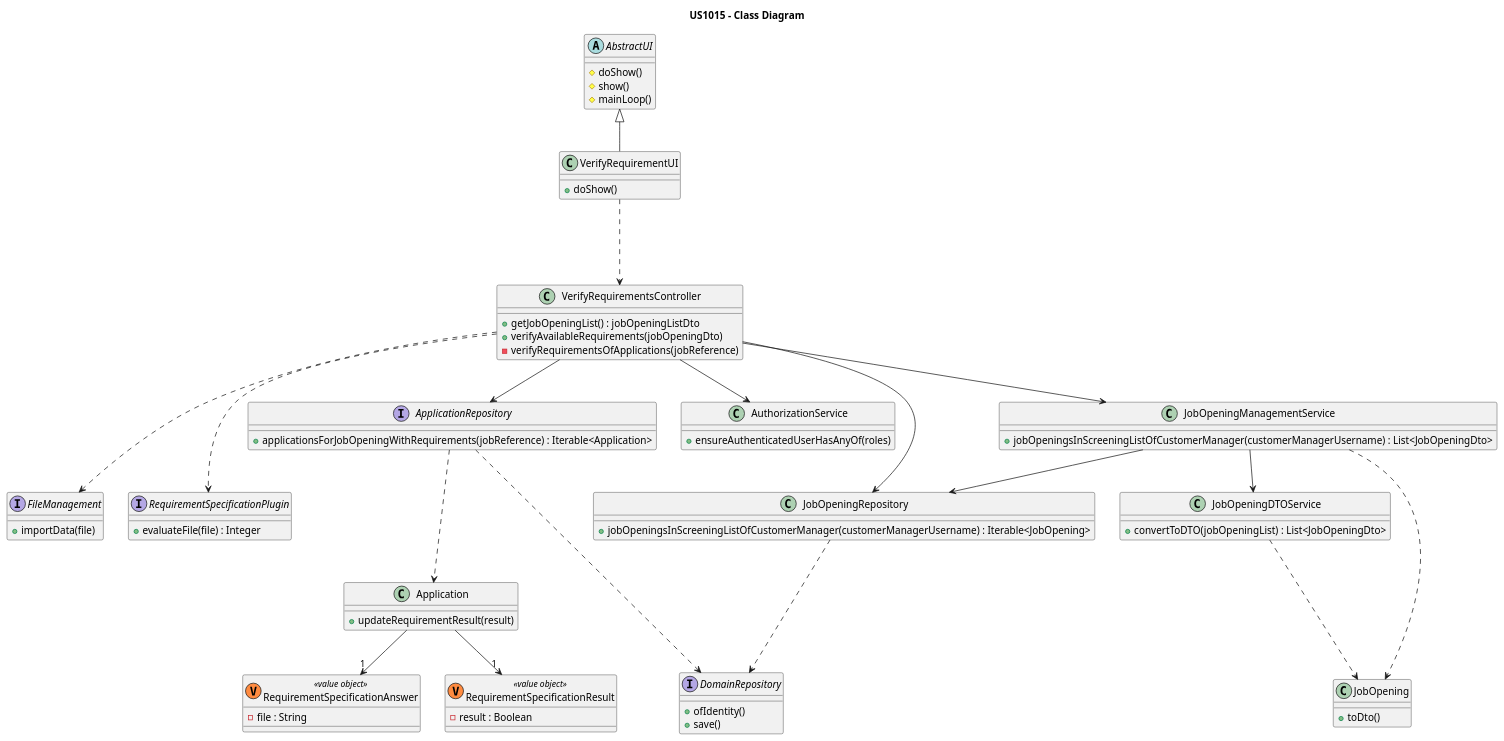
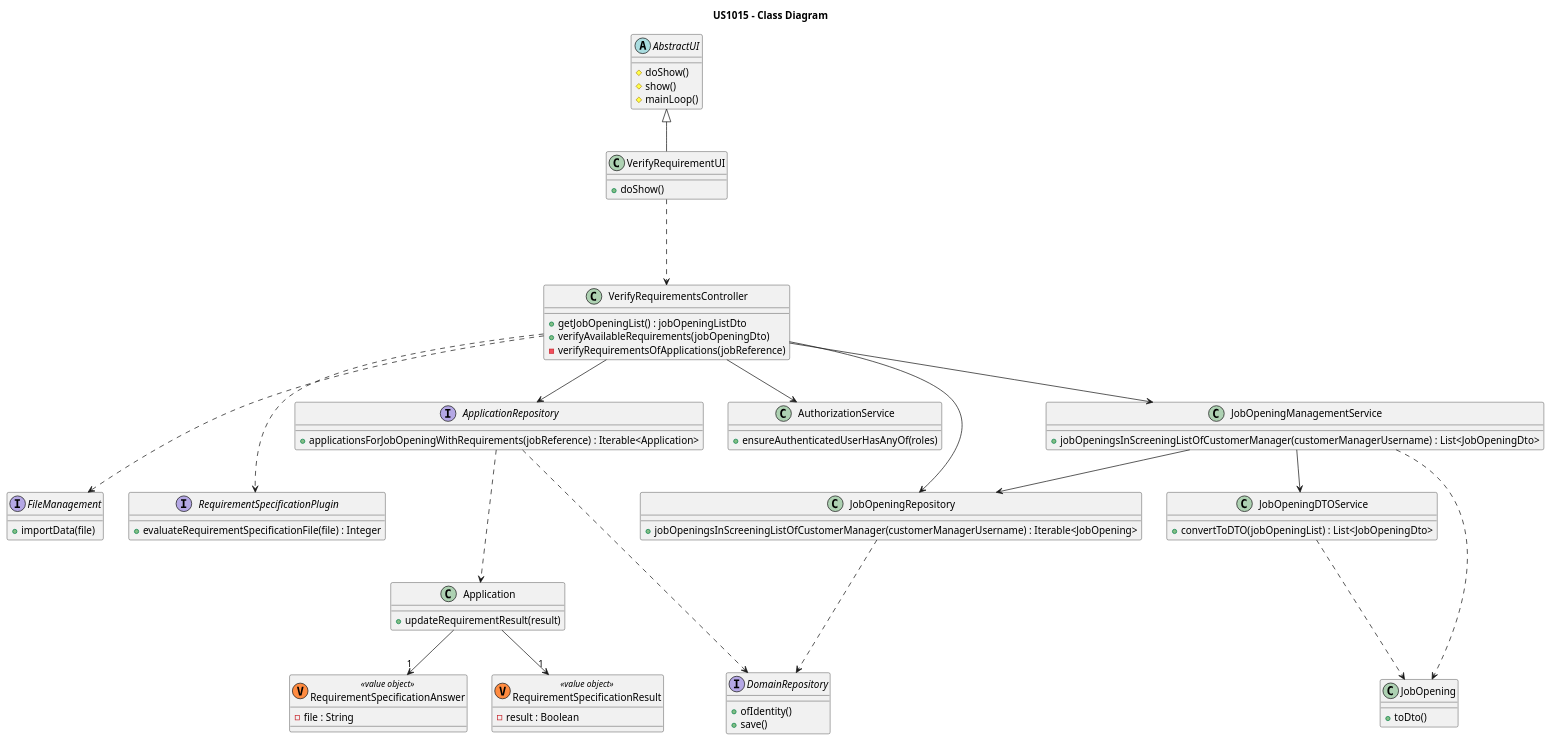
Before and after one commit to rita-barbosa/LAPR4-2324: the diagram in docs/sprint-c/us_1015/design-diagrams/class-diagram.puml, drawn with PlantUML. The commit also changed 3 other files, not shown here.

Commit message:
docs: updates diagrams to correct method declaration. [#165]

```diff
--- a/docs/sprint-c/us_1015/design-diagrams/class-diagram.puml
+++ b/docs/sprint-c/us_1015/design-diagrams/class-diagram.puml
@@ -1,100 +1,100 @@
 @startuml
 'https://plantuml.com/class-diagram
 
 title US1015 - Class Diagram
 
 
 
 abstract class AbstractUI {
     # doShow()
     # show()
     # mainLoop()
 }
 
 class VerifyRequirementUI {
 + doShow()
 }
 
 class VerifyRequirementsController  {
 + getJobOpeningList() : jobOpeningListDto
 + verifyAvailableRequirements(jobOpeningDto)
 - verifyRequirementsOfApplications(jobReference)
 }
 
 'Requirements
 interface FileManagement {
 + importData(file)
 }
 
 interface RequirementSpecificationPlugin {
-+ evaluateFile(file) : Integer
++ evaluateRequirementSpecificationFile(file) : Integer
 }
 
 interface ApplicationRepository {
 + applicationsForJobOpeningWithRequirements(jobReference) : Iterable<Application>
 }
 
 class Application {
 + updateRequirementResult(result)
 }
 
 class AuthorizationService {
 + ensureAuthenticatedUserHasAnyOf(roles)
 }
 
 class RequirementSpecificationAnswer <<(V,#FF8B40) value object>> {
 - file : String
 }
 
 class RequirementSpecificationResult <<(V,#FF8B40) value object>> {
 - result : Boolean
 }
 
 interface DomainRepository {
 + ofIdentity()
 + save()
 }
 
 class JobOpeningRepository {
 + jobOpeningsInScreeningListOfCustomerManager(customerManagerUsername) : Iterable<JobOpening>
 }
 
 class JobOpeningManagementService{
 + jobOpeningsInScreeningListOfCustomerManager(customerManagerUsername) : List<JobOpeningDto>
 }
 class JobOpeningDTOService{
 + convertToDTO(jobOpeningList) : List<JobOpeningDto>
 }
 class JobOpening {
 + toDto()
 }
 
 
 
 AbstractUI <|-- VerifyRequirementUI
 
 VerifyRequirementUI .--> VerifyRequirementsController
 
 VerifyRequirementsController --> AuthorizationService
 VerifyRequirementsController --> JobOpeningRepository
 VerifyRequirementsController --> ApplicationRepository
 VerifyRequirementsController .--> RequirementSpecificationPlugin
 VerifyRequirementsController .--> FileManagement
 VerifyRequirementsController --> JobOpeningManagementService
 
 JobOpeningManagementService --> JobOpeningRepository
 JobOpeningManagementService --> JobOpeningDTOService
 JobOpeningManagementService .-> JobOpening
 JobOpeningDTOService .--> JobOpening
 
 
 
 ApplicationRepository .--> Application
 Application --> "1" RequirementSpecificationResult
 Application --> "1" RequirementSpecificationAnswer
 
 
 ApplicationRepository .--> DomainRepository
 JobOpeningRepository .--> DomainRepository
 
 @enduml
```
